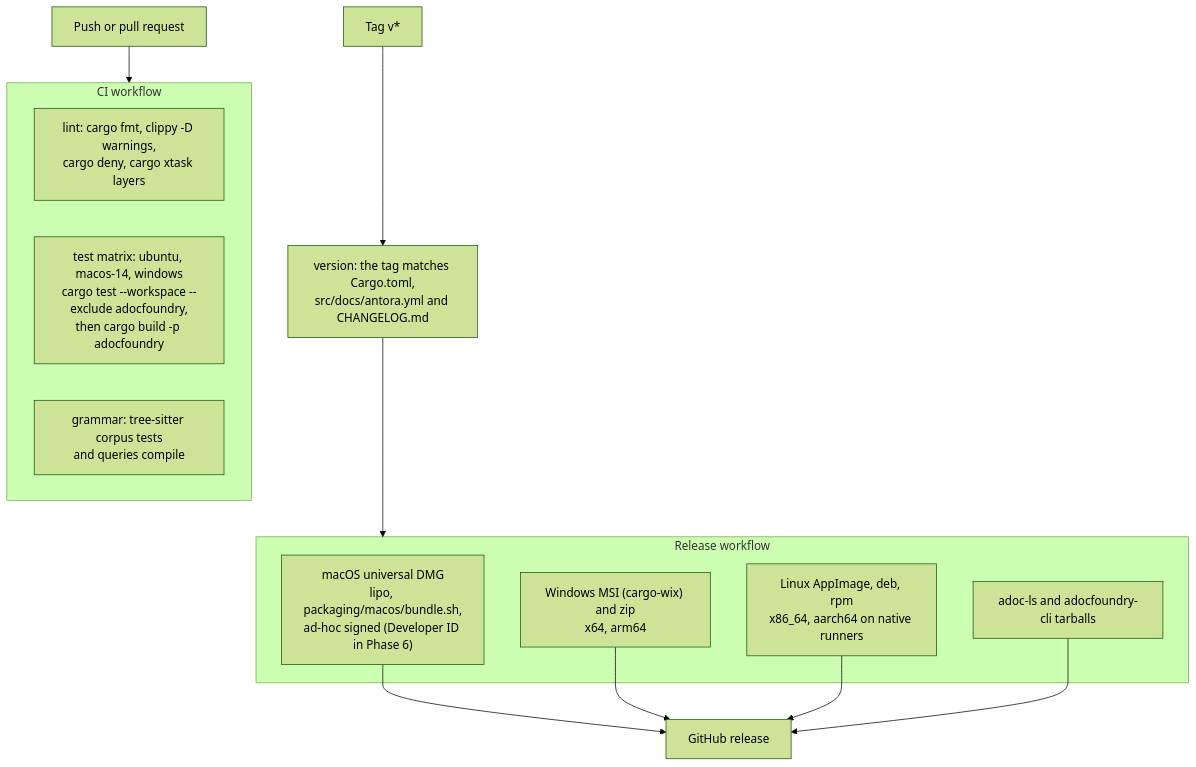
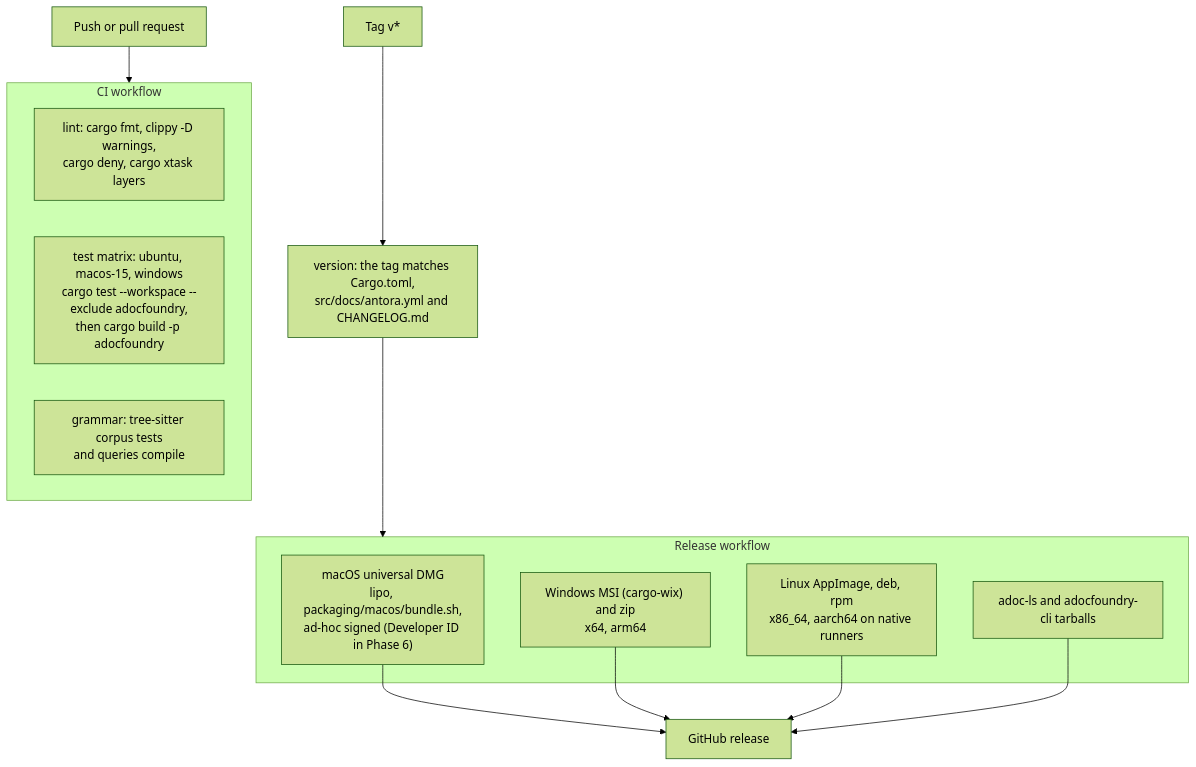
The diagram in src/docs/modules/developer/examples/release-pipeline.mmd (bovinemagnet/AdocFoundry), drawn with Mermaid (forest theme) before and after one commit. The commit also changed 3 other files, not shown here.

```diff
--- a/src/docs/modules/developer/examples/release-pipeline.mmd
+++ b/src/docs/modules/developer/examples/release-pipeline.mmd
@@ -1,19 +1,19 @@
 flowchart TD
     push["Push or pull request"] --> ci
     subgraph ci["CI workflow"]
         lint["lint: cargo fmt, clippy -D warnings,<br/>cargo deny, cargo xtask layers"]
-        test["test matrix: ubuntu, macos-14, windows<br/>cargo test --workspace --exclude adocfoundry,<br/>then cargo build -p adocfoundry"]
+        test["test matrix: ubuntu, macos-15, windows<br/>cargo test --workspace --exclude adocfoundry,<br/>then cargo build -p adocfoundry"]
         grammar["grammar: tree-sitter corpus tests<br/>and queries compile"]
     end
     tag["Tag v*"] --> version["version: the tag matches Cargo.toml,<br/>src/docs/antora.yml and CHANGELOG.md"]
     version --> rel
     subgraph rel["Release workflow"]
         mac["macOS universal DMG<br/>lipo, packaging/macos/bundle.sh,<br/>ad-hoc signed (Developer ID in Phase 6)"]
         win["Windows MSI (cargo-wix) and zip<br/>x64, arm64"]
         lin["Linux AppImage, deb, rpm<br/>x86_64, aarch64 on native runners"]
         tools["adoc-ls and adocfoundry-cli tarballs"]
     end
     mac --> gh["GitHub release"]
     win --> gh
     lin --> gh
     tools --> gh
```
